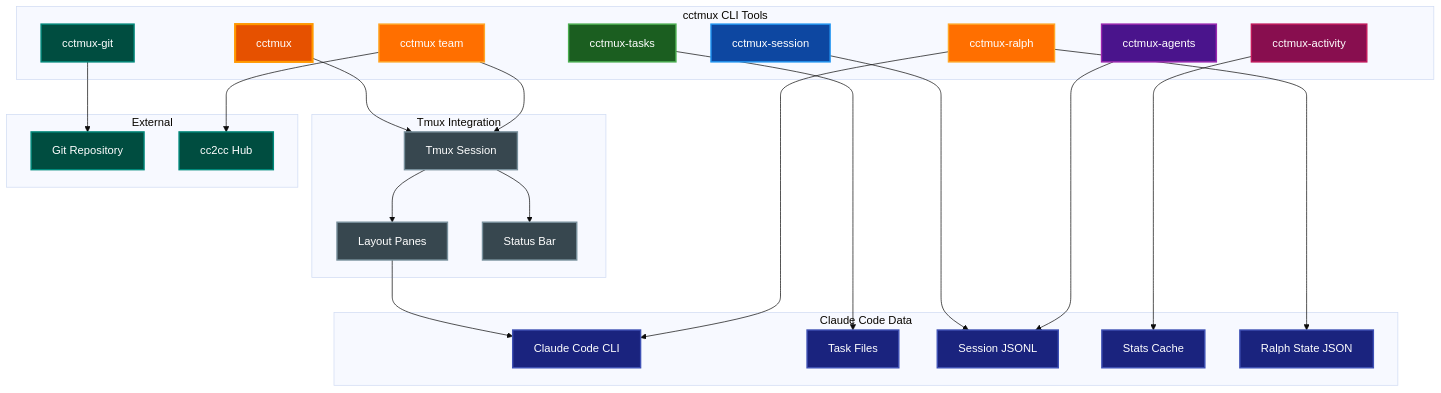
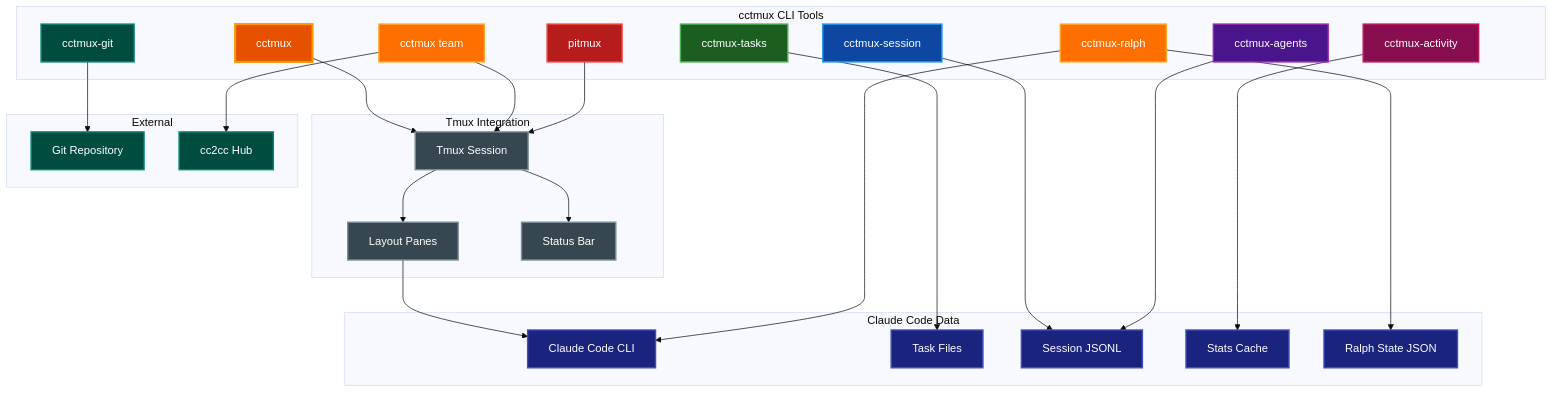
The diagram in docs/README.md (paulrobello/cctmux), drawn with Mermaid (base theme) before and after one commit. The commit also changed other lines of this file and 21 other files, not shown here.

First line of the commit message:
feat: add pitmux command for launching pi agent in tmux (#4)

````diff
--- a/docs/README.md
+++ b/docs/README.md
@@ -23,66 +24,69 @@
 ```mermaid
 graph TB
     subgraph "cctmux CLI Tools"
         Main[cctmux]
         Team[cctmux team]
         Tasks[cctmux-tasks]
         Session[cctmux-session]
         Agents[cctmux-agents]
         Activity[cctmux-activity]
         GitMon[cctmux-git]
         Ralph[cctmux-ralph]
+        Pitmux[pitmux]
     end
 
     subgraph "Tmux Integration"
         TmuxSession[Tmux Session]
         Panes[Layout Panes]
         StatusBar[Status Bar]
     end
 
     subgraph "Claude Code Data"
         Claude[Claude Code CLI]
         TaskFiles[Task Files]
         SessionFiles[Session JSONL]
         StatsCache[Stats Cache]
         RalphState[Ralph State JSON]
     end
 
     subgraph "External"
         GitRepo[Git Repository]
         CC2CC[cc2cc Hub]
     end
 
     Main --> TmuxSession
     Team --> TmuxSession
     Team --> CC2CC
+    Pitmux --> TmuxSession
     TmuxSession --> Panes
     TmuxSession --> StatusBar
     Panes --> Claude
 
     Tasks --> TaskFiles
     Session --> SessionFiles
     Agents --> SessionFiles
     Activity --> StatsCache
     GitMon --> GitRepo
     Ralph --> RalphState
     Ralph --> Claude
 
     style Main fill:#e65100,stroke:#ff9800,stroke-width:3px,color:#ffffff
     style Team fill:#ff6f00,stroke:#ffa726,stroke-width:2px,color:#ffffff
     style Tasks fill:#1b5e20,stroke:#4caf50,stroke-width:2px,color:#ffffff
     style Session fill:#0d47a1,stroke:#2196f3,stroke-width:2px,color:#ffffff
     style Agents fill:#4a148c,stroke:#9c27b0,stroke-width:2px,color:#ffffff
     style Activity fill:#880e4f,stroke:#c2185b,stroke-width:2px,color:#ffffff
     style GitMon fill:#004d40,stroke:#00897b,stroke-width:2px,color:#ffffff
     style Ralph fill:#ff6f00,stroke:#ffa726,stroke-width:2px,color:#ffffff
+    style Pitmux fill:#b71c1c,stroke:#f44336,stroke-width:2px,color:#ffffff
     style TmuxSession fill:#37474f,stroke:#78909c,stroke-width:2px,color:#ffffff
     style Panes fill:#37474f,stroke:#78909c,stroke-width:2px,color:#ffffff
     style StatusBar fill:#37474f,stroke:#78909c,stroke-width:2px,color:#ffffff
     style Claude fill:#1a237e,stroke:#3f51b5,stroke-width:2px,color:#ffffff
     style TaskFiles fill:#1a237e,stroke:#3f51b5,stroke-width:2px,color:#ffffff
     style SessionFiles fill:#1a237e,stroke:#3f51b5,stroke-width:2px,color:#ffffff
     style StatsCache fill:#1a237e,stroke:#3f51b5,stroke-width:2px,color:#ffffff
     style RalphState fill:#1a237e,stroke:#3f51b5,stroke-width:2px,color:#ffffff
     style GitRepo fill:#004d40,stroke:#00897b,stroke-width:2px,color:#ffffff
     style CC2CC fill:#004d40,stroke:#00897b,stroke-width:2px,color:#ffffff
 ```
````
